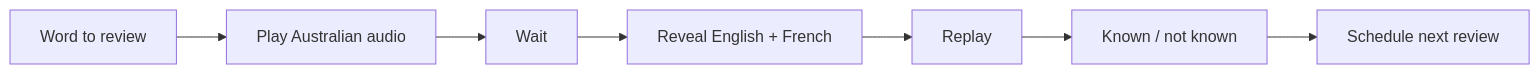
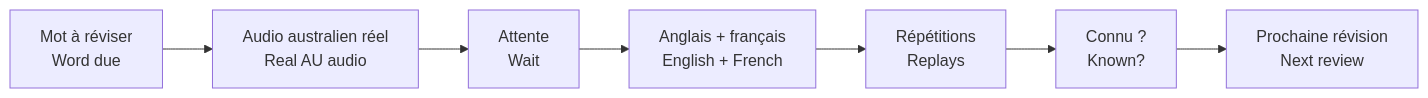
Before and after one commit to jeffersonkuku/jefferson-Mawapanga-Saku: the first of 2 diagrams in roadwords-au/README.md, drawn with Mermaid. The commit also changed other lines of this file and 1 other file, not shown here.

````diff
--- a/roadwords-au/README.md
+++ b/roadwords-au/README.md
@@ -13,9 +16,9 @@
 ```mermaid
 flowchart LR
-    A[Word to review] --> B[Play Australian audio]
-    B --> C[Wait]
-    C --> D[Reveal English + French]
-    D --> E[Replay]
-    E --> F[Known / not known]
-    F --> G[Schedule next review]
+    A[Mot à réviser<br/>Word due] --> B[Audio australien réel<br/>Real AU audio]
+    B --> C[Attente<br/>Wait]
+    C --> D[Anglais + français<br/>English + French]
+    D --> E[Répétitions<br/>Replays]
+    E --> F[Connu ?<br/>Known?]
+    F --> G[Prochaine révision<br/>Next review]
 ```
````
